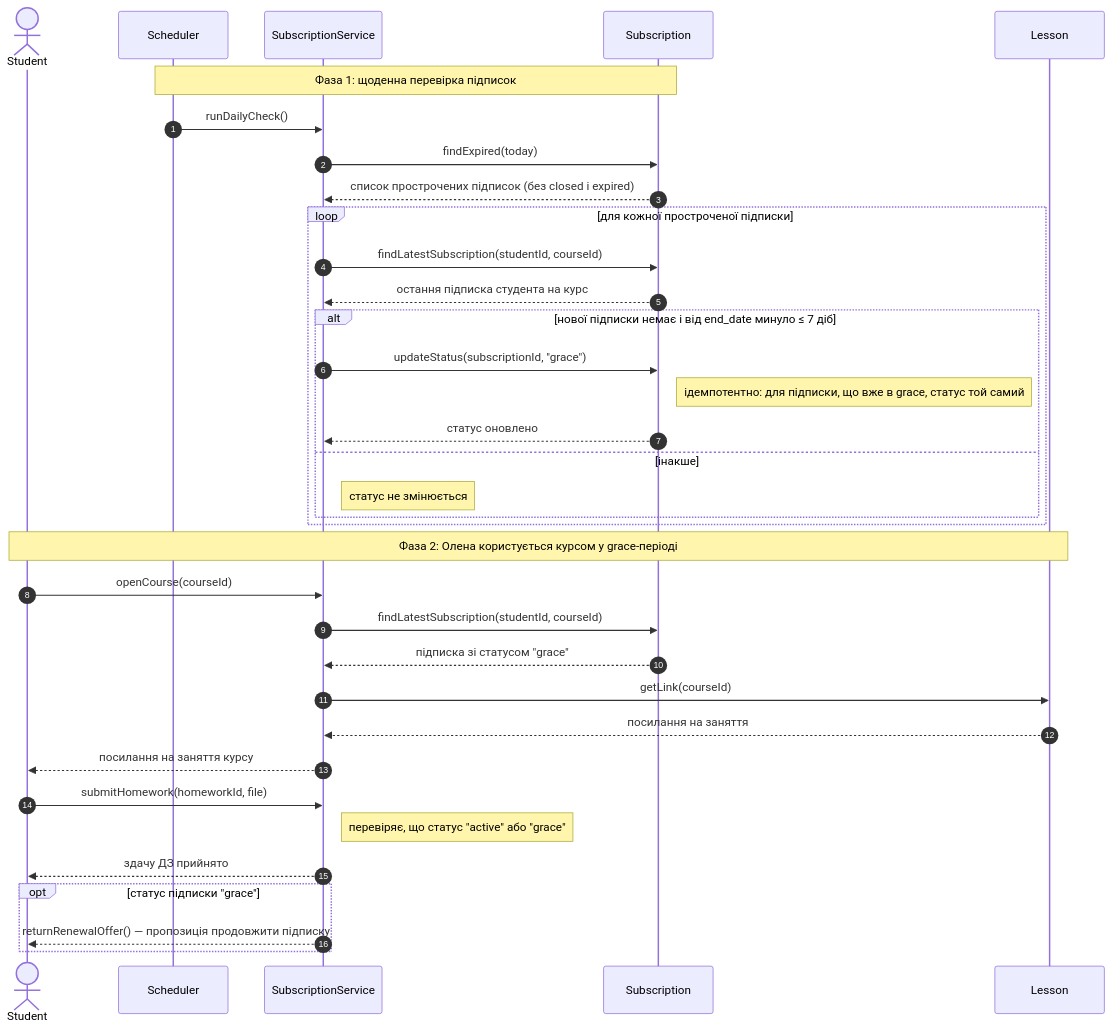
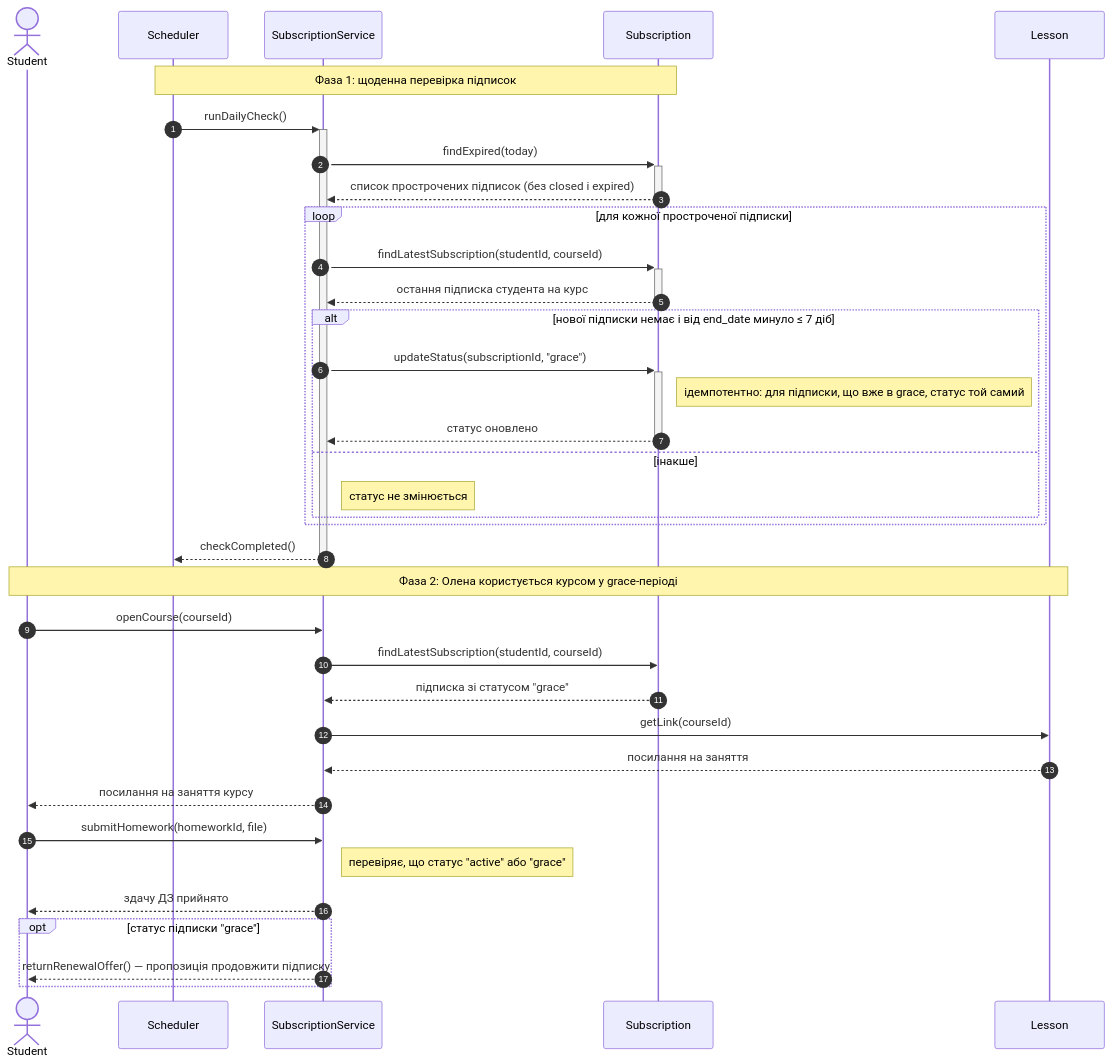
The diagram in Sequence Diagram/diagram-req-31.mmd (grmaryna/MathHub), drawn with Mermaid before and after one commit. The commit also changed 1 other file, not shown here.

Commit message:
додаю checkCompleted та виправила стрілки

```diff
--- a/Sequence Diagram/diagram-req-31.mmd
+++ b/Sequence Diagram/diagram-req-31.mmd
@@ -1,43 +1,44 @@
 sequenceDiagram
     autonumber
     actor Student
     participant Scheduler
     participant SubscriptionService
     participant Subscription
     participant Lesson
 
     Note over Scheduler,Subscription: Фаза 1: щоденна перевірка підписок
 
-    Scheduler->>SubscriptionService: runDailyCheck()
-    SubscriptionService->>Subscription: findExpired(today)
-    Subscription-->>SubscriptionService: список прострочених підписок (без closed і expired)
+    Scheduler->>+SubscriptionService: runDailyCheck()
+    SubscriptionService->>+Subscription: findExpired(today)
+    Subscription-->>-SubscriptionService: список прострочених підписок (без closed і expired)
 
     loop для кожної простроченої підписки
-        SubscriptionService->>Subscription: findLatestSubscription(studentId, courseId)
-        Subscription-->>SubscriptionService: остання підписка студента на курс
+        SubscriptionService->>+Subscription: findLatestSubscription(studentId, courseId)
+        Subscription-->>-SubscriptionService: остання підписка студента на курс
 
         alt нової підписки немає і від end_date минуло ≤ 7 діб
-            SubscriptionService->>Subscription: updateStatus(subscriptionId, "grace")
+            SubscriptionService->>+Subscription: updateStatus(subscriptionId, "grace")
             Note right of Subscription: ідемпотентно: для підписки, що вже в grace, статус той самий
-            Subscription-->>SubscriptionService: статус оновлено
+            Subscription-->>-SubscriptionService: статус оновлено
         else інакше
             Note right of SubscriptionService: статус не змінюється
         end
     end
+    SubscriptionService-->>-Scheduler: checkCompleted()
 
     Note over Student,Lesson: Фаза 2: Олена користується курсом у grace-періоді
 
     Student->>SubscriptionService: openCourse(courseId)
     SubscriptionService->>Subscription: findLatestSubscription(studentId, courseId)
     Subscription-->>SubscriptionService: підписка зі статусом "grace"
     SubscriptionService->>Lesson: getLink(courseId)
     Lesson-->>SubscriptionService: посилання на заняття
     SubscriptionService-->>Student: посилання на заняття курсу
 
     Student->>SubscriptionService: submitHomework(homeworkId, file)
     Note right of SubscriptionService: перевіряє, що статус "active" або "grace"
     SubscriptionService-->>Student: здачу ДЗ прийнято
 
     opt статус підписки "grace"
         SubscriptionService-->>Student: returnRenewalOffer() — пропозиція продовжити підписку
     end
```
